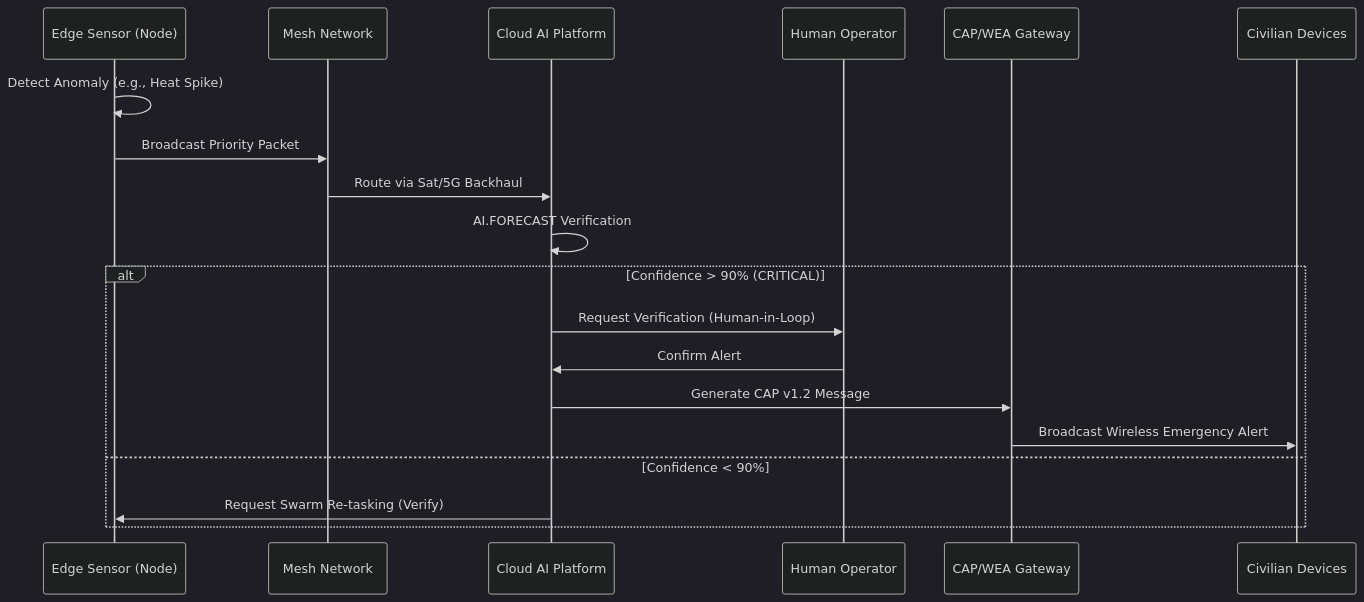
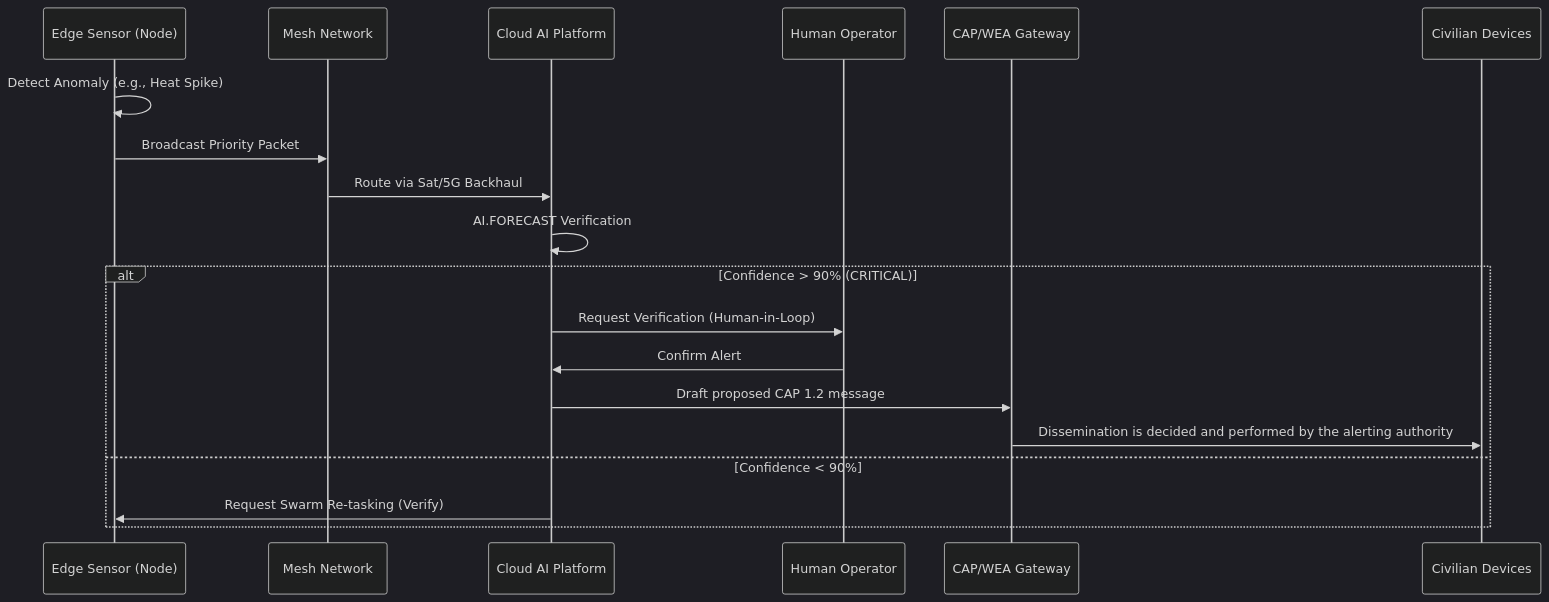
One commit to andreibesleaga/mobile-mesh-ews changed the second of 6 diagrams in ARCHITECTURE/System_Architectures.md. Above: the diagram before and after it, drawn with Mermaid (dark theme). The commit also changed other lines of this file and 24 other files, not shown here.

````diff
--- a/ARCHITECTURE/System_Architectures.md
+++ b/ARCHITECTURE/System_Architectures.md
@@ -106,23 +106,23 @@
 ```mermaid
 sequenceDiagram
     participant Sensor as Edge Sensor (Node)
     participant Mesh as Mesh Network
     participant Cloud as Cloud AI Platform
     participant Human as Human Operator
     participant CAP as CAP/WEA Gateway
     participant Public as Civilian Devices
 
     Sensor->>Sensor: Detect Anomaly (e.g., Heat Spike)
     Sensor->>Mesh: Broadcast Priority Packet
     Mesh->>Cloud: Route via Sat/5G Backhaul
     Cloud->>Cloud: AI.FORECAST Verification
     
     alt Confidence > 90% (CRITICAL)
         Cloud->>Human: Request Verification (Human-in-Loop)
         Human->>Cloud: Confirm Alert
-        Cloud->>CAP: Generate CAP v1.2 Message
-        CAP->>Public: Broadcast Wireless Emergency Alert
+        Cloud->>CAP: Draft proposed CAP 1.2 message
+        CAP->>Public: Dissemination is decided and performed by the alerting authority
     else Confidence < 90%
         Cloud->>Sensor: Request Swarm Re-tasking (Verify)
     end
 ```
````
